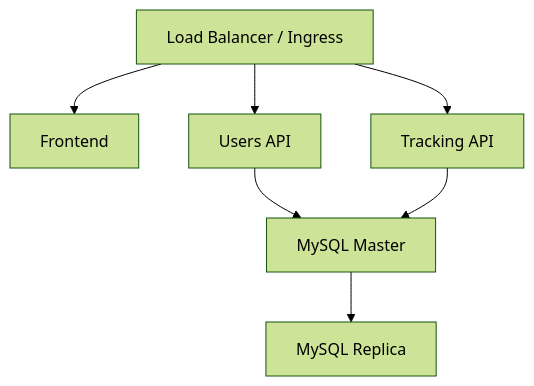
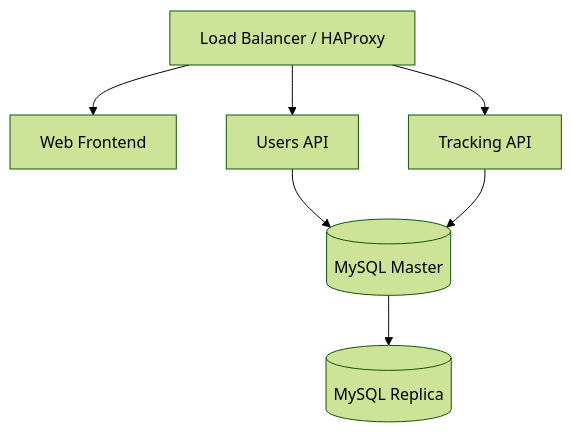
Before and after one commit to Jorge706/SpotMe: the diagram in Infraestructure-K8s/README.md, drawn with Mermaid (forest theme). The commit also changed other lines of this file and 7 other files, not shown here.

````diff
--- a/Infraestructure-K8s/README.md
+++ b/Infraestructure-K8s/README.md
@@ -29,9 +30,9 @@
 ```mermaid
 graph TD
-    LB[Load Balancer / Ingress] --> FE[Frontend]
+    LB[Load Balancer / HAProxy] --> FE[Web Frontend]
     LB --> UA[Users API]
     LB --> TA[Tracking API]
-    UA --> MM[MySQL Master]
+    UA --> MM[(MySQL Master)]
     TA --> MM
-    MM --> MR[MySQL Replica]
+    MM --> MR[(MySQL Replica)]
 ```
````
